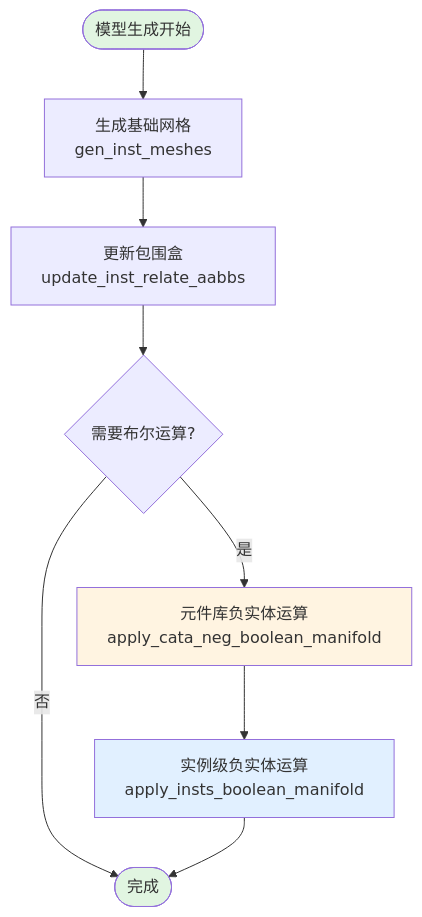
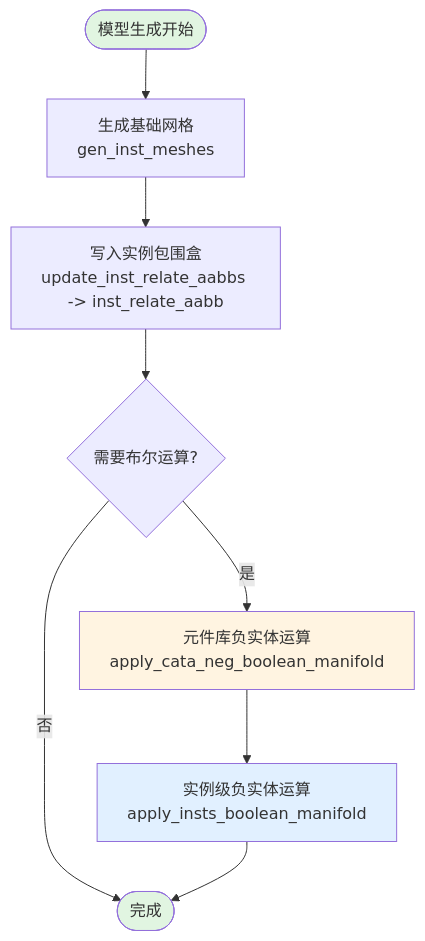
The first of 8 diagrams in docs/BOOLEAN_OPERATION_FLOWCHART.md (happyrust/plant-model-gen), drawn with Mermaid before and after one commit. The commit also changed 29 other files, not shown here.

````diff
--- a/docs/BOOLEAN_OPERATION_FLOWCHART.md
+++ b/docs/BOOLEAN_OPERATION_FLOWCHART.md
@@ -5,17 +5,17 @@
 ```mermaid
 flowchart TB
     Start([模型生成开始]) --> GenMesh[生成基础网格<br/>gen_inst_meshes]
-    GenMesh --> UpdateAABB[更新包围盒<br/>update_inst_relate_aabbs]
+    GenMesh --> UpdateAABB[写入实例包围盒<br/>update_inst_relate_aabbs -> inst_relate_aabb]
     UpdateAABB --> BoolDecision{需要布尔运算?}
     
     BoolDecision -->|是| CataBool[元件库负实体运算<br/>apply_cata_neg_boolean_manifold]
     BoolDecision -->|否| End([完成])
     
     CataBool --> InstBool[实例级负实体运算<br/>apply_insts_boolean_manifold]
     InstBool --> End
     
     style Start fill:#e1f5e1
     style End fill:#e1f5e1
     style CataBool fill:#fff4e1
     style InstBool fill:#e1f0ff
 ```
````
